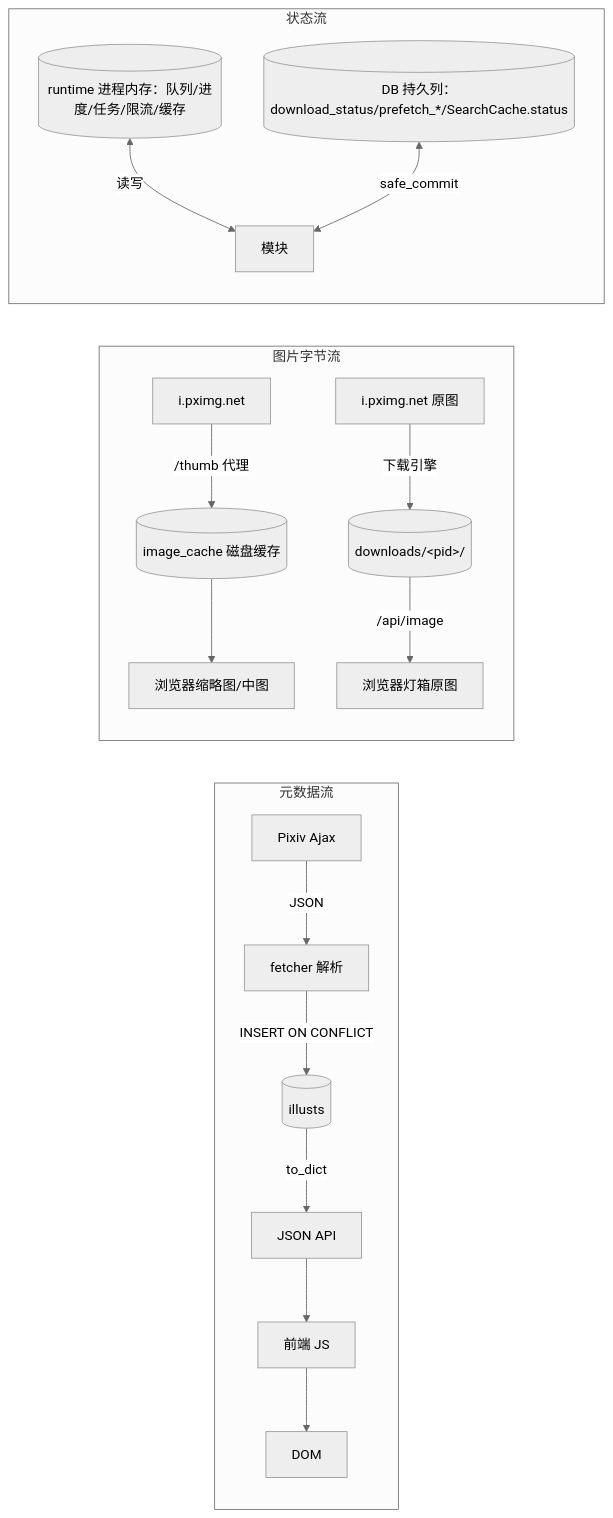
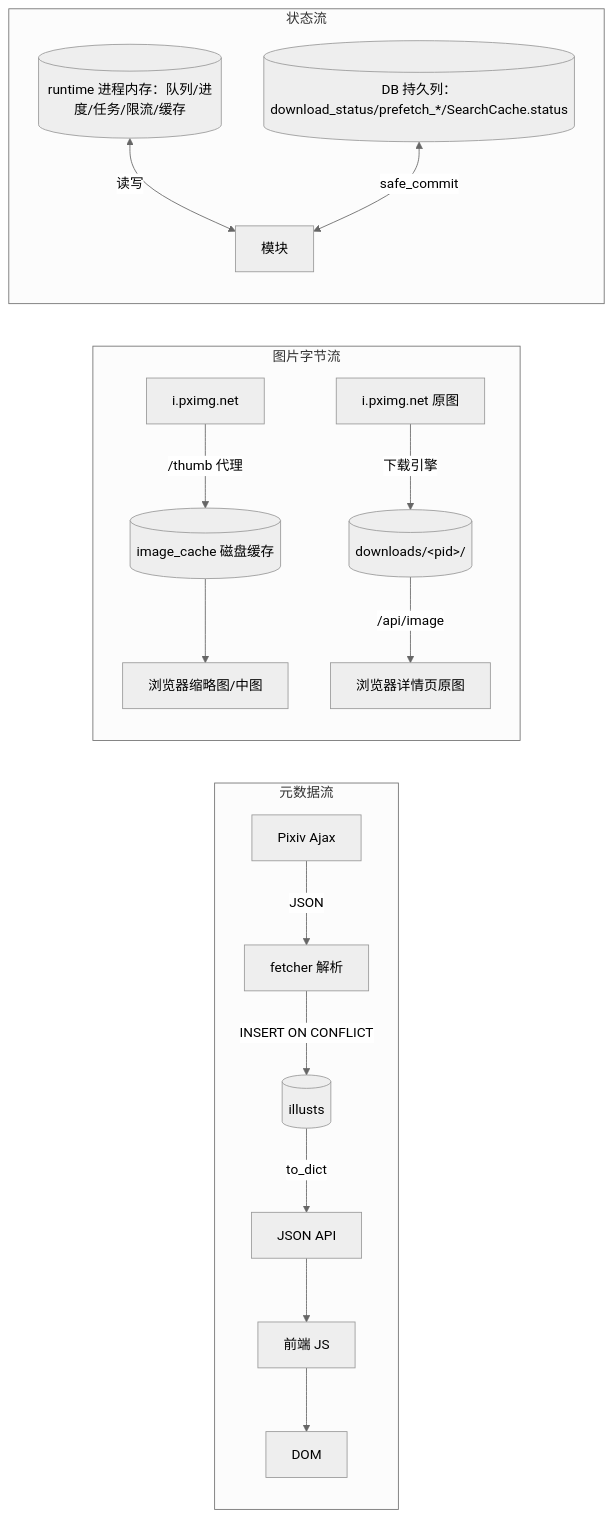
One commit to feng-y-u/PpPpP changed the eighth of 10 diagrams in docs/technical-documentation.md. Above: the diagram before and after it, drawn with Mermaid (neutral theme). The commit also changed other lines of this file and 24 other files, not shown here.

````diff
--- a/docs/technical-documentation.md
+++ b/docs/technical-documentation.md
@@ -423,15 +422,15 @@
 ```mermaid
 graph LR
     subgraph 元数据流
         PX1[Pixiv Ajax] -->|JSON| FX[fetcher 解析] -->|INSERT ON CONFLICT| DB[(illusts)]
         DB -->|to_dict| API[JSON API] --> JS[前端 JS] --> DOM[DOM]
     end
     subgraph 图片字节流
         IMG[i.pximg.net] -->|/thumb 代理| IC[(image_cache 磁盘缓存)] --> U1[浏览器缩略图/中图]
-        IMG2[i.pximg.net 原图] -->|下载引擎| DOWN[(downloads/&lt;pid&gt;/)] -->|/api/image| U2[浏览器灯箱原图]
+        IMG2[i.pximg.net 原图] -->|下载引擎| DOWN[(downloads/&lt;pid&gt;/)] -->|/api/image| U2[浏览器详情页原图]
     end
     subgraph 状态流
         RUNTIME[(runtime 进程内存：队列/进度/任务/限流/缓存)] <-->|读写| MOD[模块]
         DB2[(DB 持久列：download_status/prefetch_*/SearchCache.status)] <-->|safe_commit| MOD
     end
 ```
````
